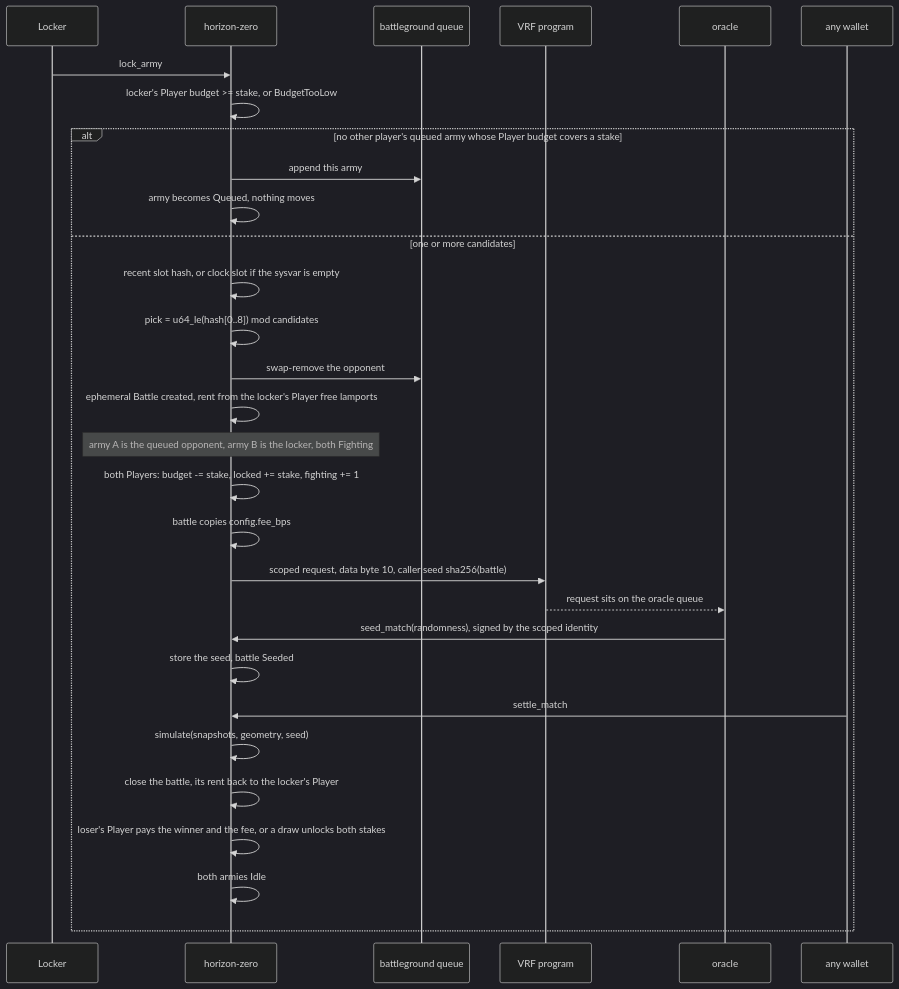
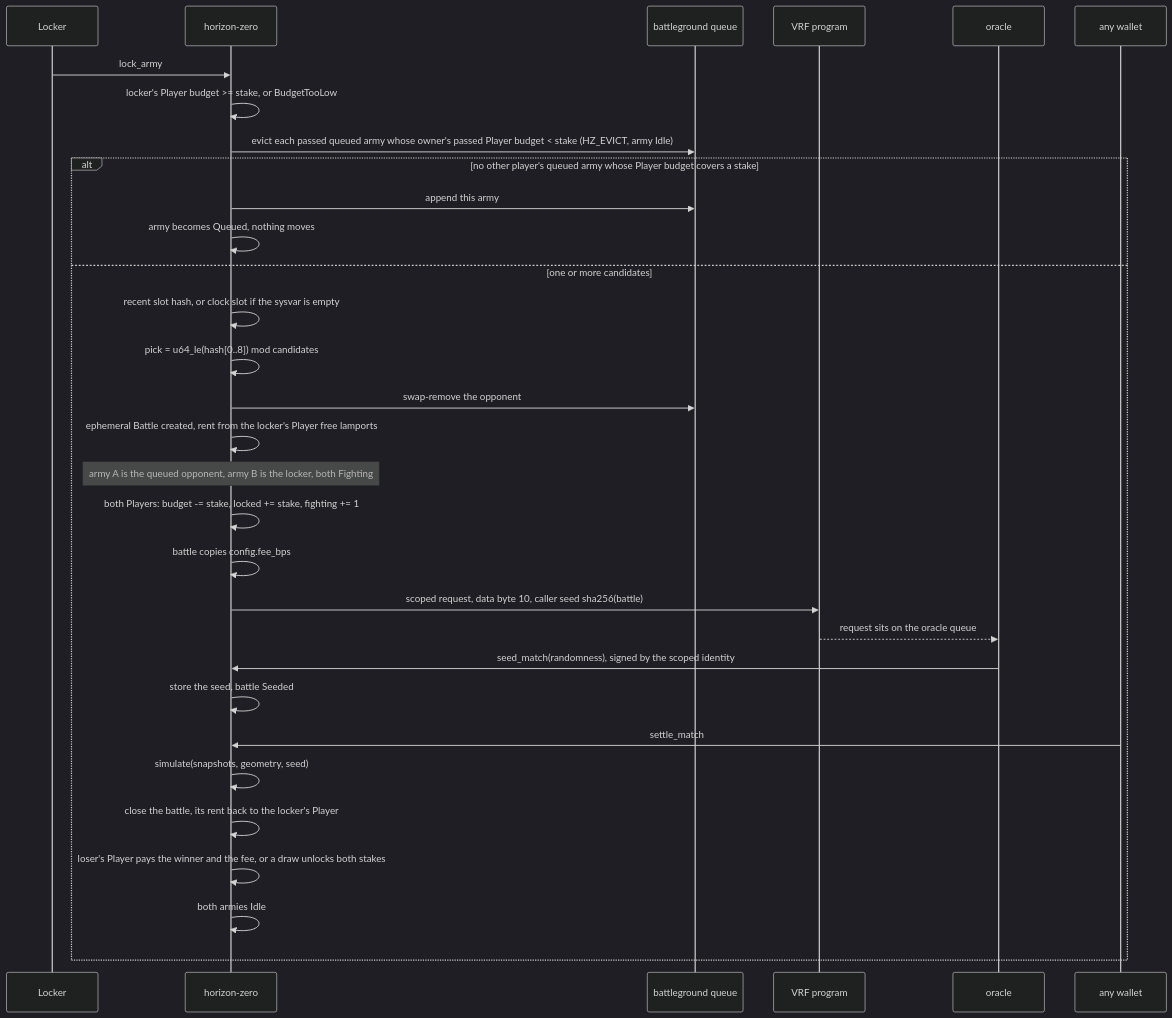
One commit to Dodecahedr0x/horizon-zero changed the first of 3 diagrams in docs/src/matchmaking.md. Above: the diagram before and after it, drawn with Mermaid (dark theme). The commit also changed other lines of this file and 7 other files, not shown here.

First line of the commit message:
fix: evict unfundable queued armies, checked money counters, review fixes

````diff
--- a/docs/src/matchmaking.md
+++ b/docs/src/matchmaking.md
@@ -5,32 +5,33 @@
 ```mermaid
 sequenceDiagram
   participant Locker
   participant Program as horizon-zero
   participant Queue as battleground queue
   participant VRF as VRF program
   participant Oracle as oracle
   participant Anyone as any wallet
   Locker->>Program: lock_army
   Program->>Program: locker's Player budget >= stake, or BudgetTooLow
+  Program->>Queue: evict each passed queued army whose owner's passed Player budget < stake (HZ_EVICT, army Idle)
   alt no other player's queued army whose Player budget covers a stake
     Program->>Queue: append this army
     Program->>Program: army becomes Queued, nothing moves
   else one or more candidates
     Program->>Program: recent slot hash, or clock slot if the sysvar is empty
     Program->>Program: pick = u64_le(hash[0..8]) mod candidates
     Program->>Queue: swap-remove the opponent
     Program->>Program: ephemeral Battle created, rent from the locker's Player free lamports
     Note over Program: army A is the queued opponent, army B is the locker, both Fighting
     Program->>Program: both Players: budget -= stake, locked += stake, fighting += 1
     Program->>Program: battle copies config.fee_bps
     Program->>VRF: scoped request, data byte 10, caller seed sha256(battle)
     VRF-->>Oracle: request sits on the oracle queue
     Oracle->>Program: seed_match(randomness), signed by the scoped identity
     Program->>Program: store the seed, battle Seeded
     Anyone->>Program: settle_match
     Program->>Program: simulate(snapshots, geometry, seed)
     Program->>Program: close the battle, its rent back to the locker's Player
     Program->>Program: loser's Player pays the winner and the fee, or a draw unlocks both stakes
     Program->>Program: both armies Idle
   end
 ```
````
